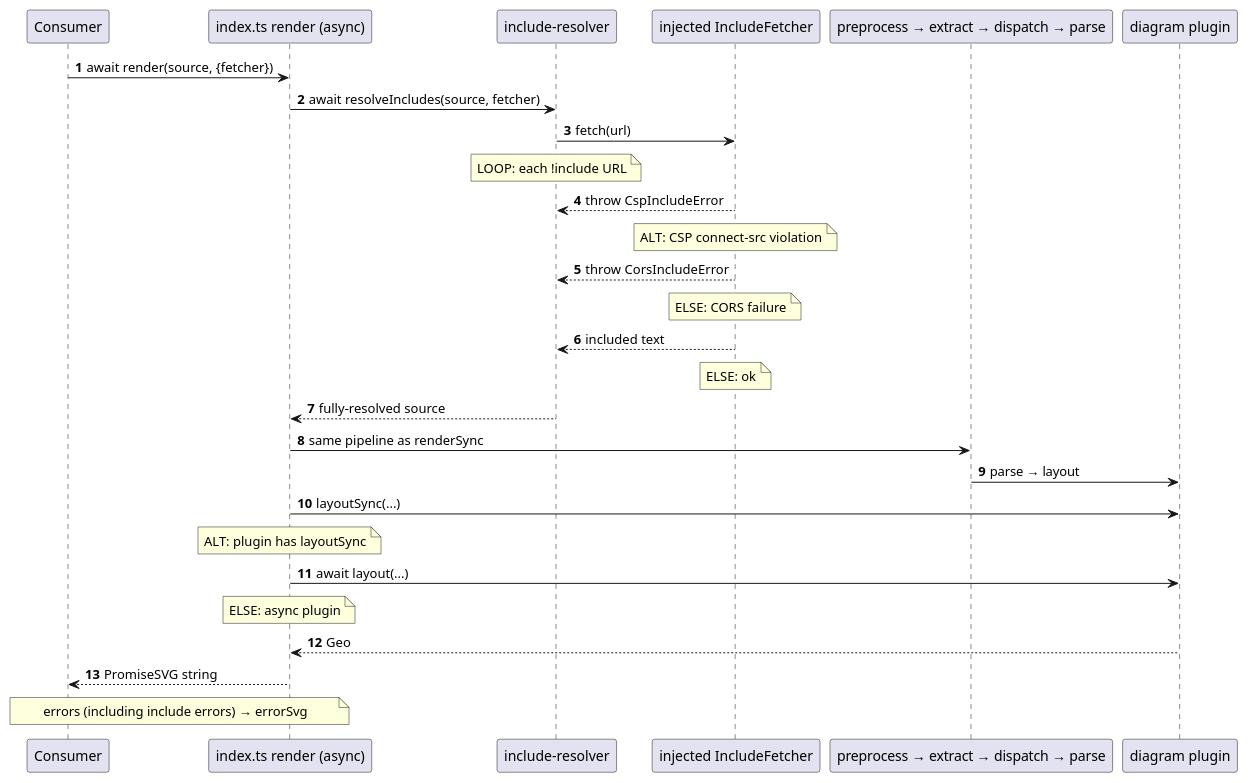
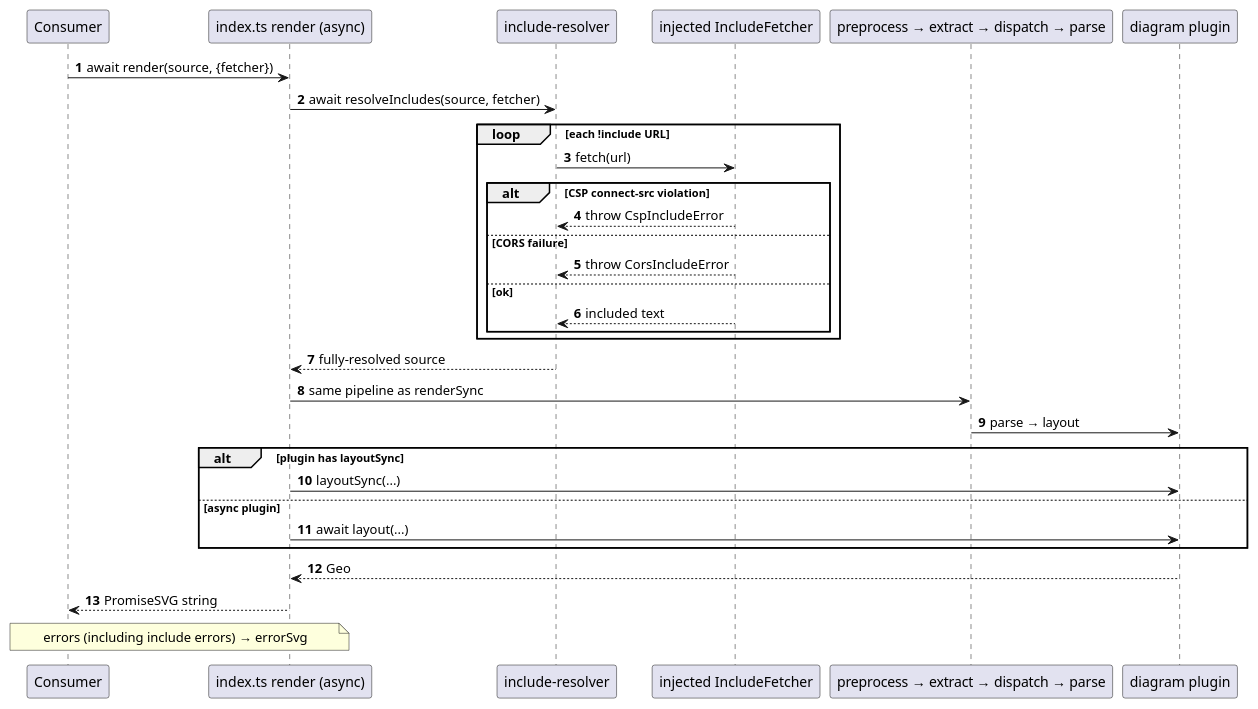
One commit to knowvah/plantuml-ts changed the second of 3 diagrams in docs/architecture/data-flow.md. Above: the diagram before and after it, drawn with PlantUML. The commit also changed 13 other files, not shown here.

First line of the commit message:
docs: restore real alt/else/loop grouping in the converted diagrams

````diff
--- a/docs/architecture/data-flow.md
+++ b/docs/architecture/data-flow.md
@@ -58,34 +58,34 @@
 ```plantuml
 @startuml
-' NOTE: mermaid grouping flattened -- alt/opt/loop/group render the whole
-' diagram EMPTY in plantuml-ts today (.agent-notes/plantuml-sequence-group-empty.md).
-' Original nesting: loop each !include URL ; alt CSP connect-src violation ; else CORS failure ; else ok ; alt plugin has layoutSync ; else async plugin
 autonumber
 participant "Consumer" as App
 participant "index.ts render (async)" as API
 participant "include-resolver" as Inc
 participant "injected IncludeFetcher" as Fetch
 participant "preprocess → extract → dispatch → parse" as Pipe
 participant "diagram plugin" as Plg
 App -> API : await render(source, {fetcher})
 API -> Inc : await resolveIncludes(source, fetcher)
-Inc -> Fetch : fetch(url)
-note over Inc : LOOP: each !include URL
-Fetch --> Inc : throw CspIncludeError
-note over Fetch : ALT: CSP connect-src violation
-Fetch --> Inc : throw CorsIncludeError
-note over Fetch : ELSE: CORS failure
-Fetch --> Inc : included text
-note over Fetch : ELSE: ok
+loop each !include URL
+  Inc -> Fetch : fetch(url)
+  alt CSP connect-src violation
+    Fetch --> Inc : throw CspIncludeError
+  else CORS failure
+    Fetch --> Inc : throw CorsIncludeError
+  else ok
+    Fetch --> Inc : included text
+  end
+end
 Inc --> API : fully-resolved source
 API -> Pipe : same pipeline as renderSync
 Pipe -> Plg : parse → layout
-API -> Plg : layoutSync(...)
-note over API : ALT: plugin has layoutSync
-API -> Plg : await layout(...)
-note over API : ELSE: async plugin
+alt plugin has layoutSync
+  API -> Plg : layoutSync(...)
+else async plugin
+  API -> Plg : await layout(...)
+end
 Plg --> API : Geo
 API --> App : PromiseSVG string
 note over API,App : errors (including include errors) → errorSvg
 @enduml
 ```
````
